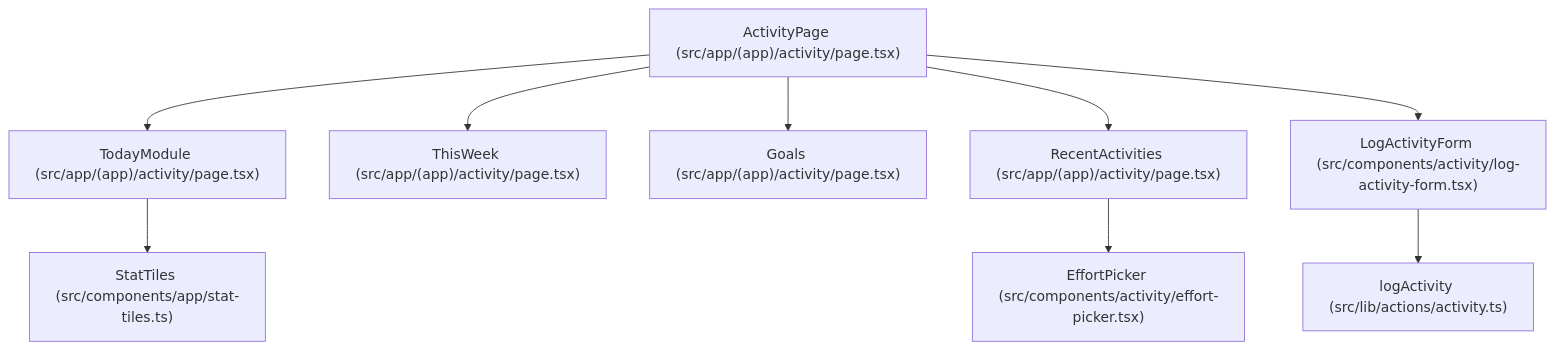
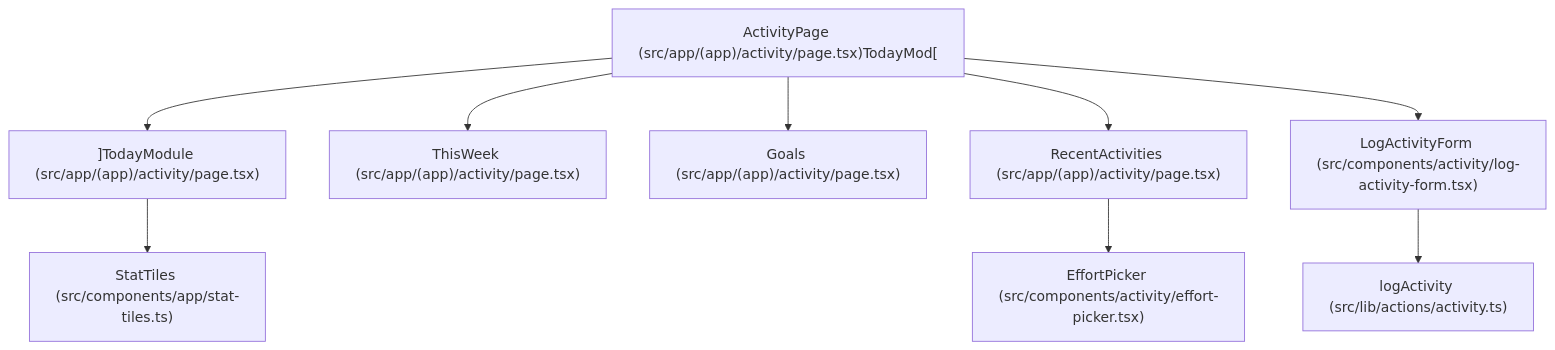
Before and after one commit to jarrettheflin/immune-fit-Devin-Wiki: the first of 2 diagrams in pages/3.1-activity-tracking.md, drawn with Mermaid. The commit also changed 22 other files, not shown here.

Commit message:
Repair Mermaid syntax so all 67 diagrams render on GitHub

````diff
--- a/pages/3.1-activity-tracking.md
+++ b/pages/3.1-activity-tracking.md
@@ -42,12 +42,12 @@
 ```mermaid
 graph TD
-    UserActivityPage["ActivityPage (src/app/(app)/activity/page.tsx)"] --> TodayMod["TodayModule (src/app/(app)/activity/page.tsx)"]
+    UserActivityPage["ActivityPage (src/app/(app)/activity/page.tsx)TodayMod["] --> TodayMod["]TodayModule (src/app/(app)/activity/page.tsx)"]
     UserActivityPage --> WeekMod["ThisWeek (src/app/(app)/activity/page.tsx)"]
     UserActivityPage --> GoalsMod["Goals (src/app/(app)/activity/page.tsx)"]
     UserActivityPage --> RecentMod["RecentActivities (src/app/(app)/activity/page.tsx)"]
     UserActivityPage --> LogForm["LogActivityForm (src/components/activity/log-activity-form.tsx)"]
 
     TodayMod --> StatTilesComp["StatTiles (src/components/app/stat-tiles.ts)"]
     RecentMod --> EffortPickerComp["EffortPicker (src/components/activity/effort-picker.tsx)"]
     LogForm --> ActivityAction["logActivity (src/lib/actions/activity.ts)"]
 ```
````
